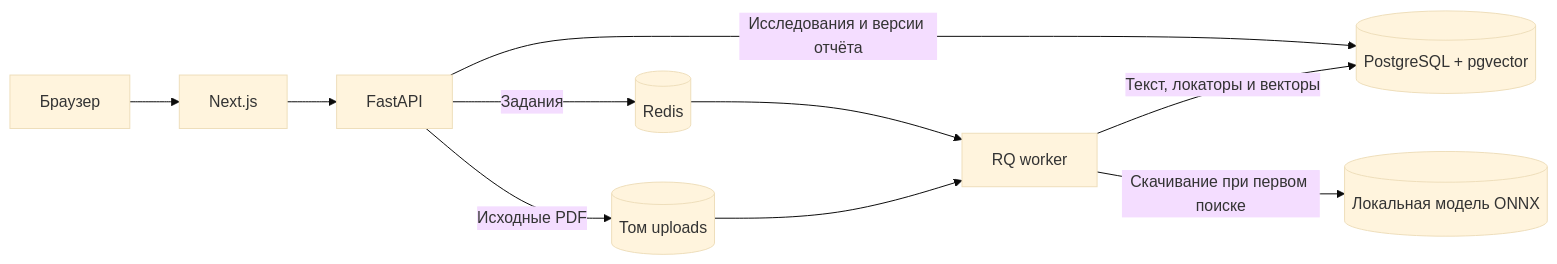
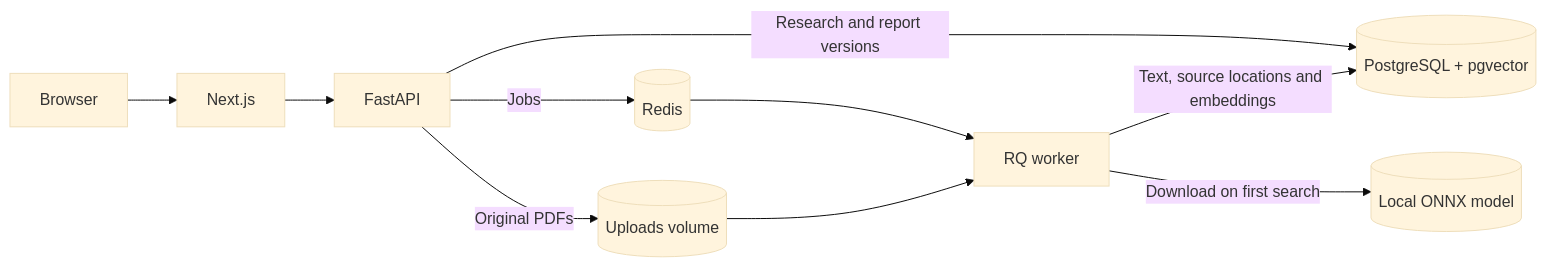
The diagram in README.md (vittedone/contour), drawn with Mermaid (base theme) before and after one commit. The commit also changed other lines of this file and 4 other files, not shown here.

````diff
--- a/README.md
+++ b/README.md
@@ -41,12 +39,12 @@
 ```mermaid
 flowchart LR
-    Browser[Браузер] --> Web[Next.js]
+    Browser[Browser] --> Web[Next.js]
     Web --> API[FastAPI]
-    API -->|Исследования и версии отчёта| DB[(PostgreSQL + pgvector)]
-    API -->|Задания| Queue[(Redis)]
+    API -->|Research and report versions| DB[(PostgreSQL + pgvector)]
+    API -->|Jobs| Queue[(Redis)]
     Queue --> Worker[RQ worker]
-    API -->|Исходные PDF| Files[(Том uploads)]
+    API -->|Original PDFs| Files[(Uploads volume)]
     Files --> Worker
-    Worker -->|Текст, локаторы и векторы| DB
-    Worker -->|Скачивание при первом поиске| Model[(Локальная модель ONNX)]
+    Worker -->|Text, source locations and embeddings| DB
+    Worker -->|Download on first search| Model[(Local ONNX model)]
 ```
````
